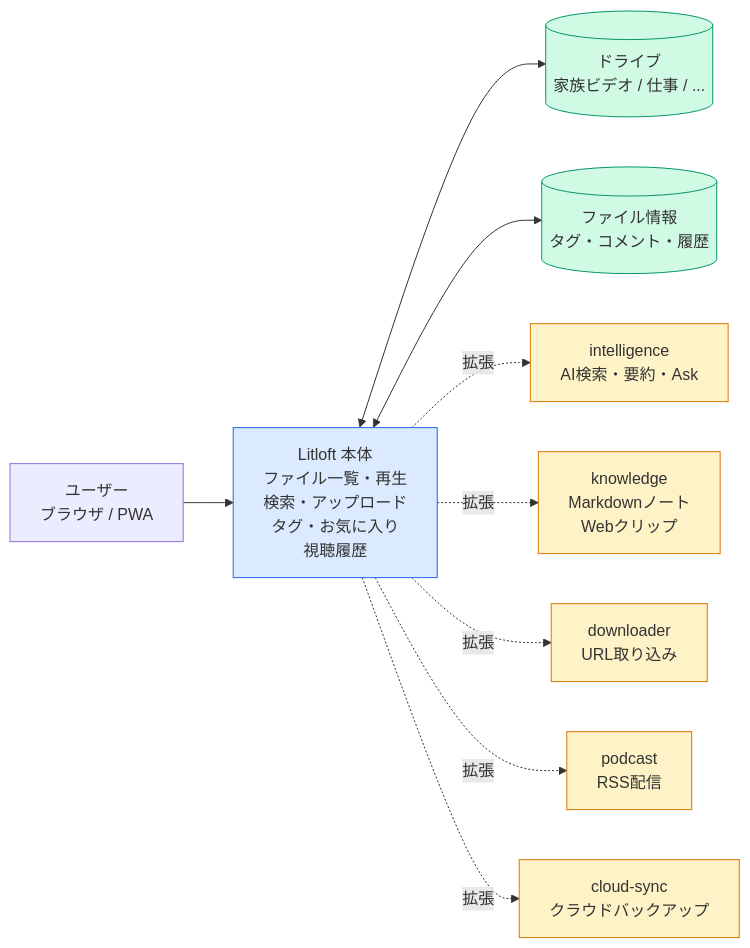
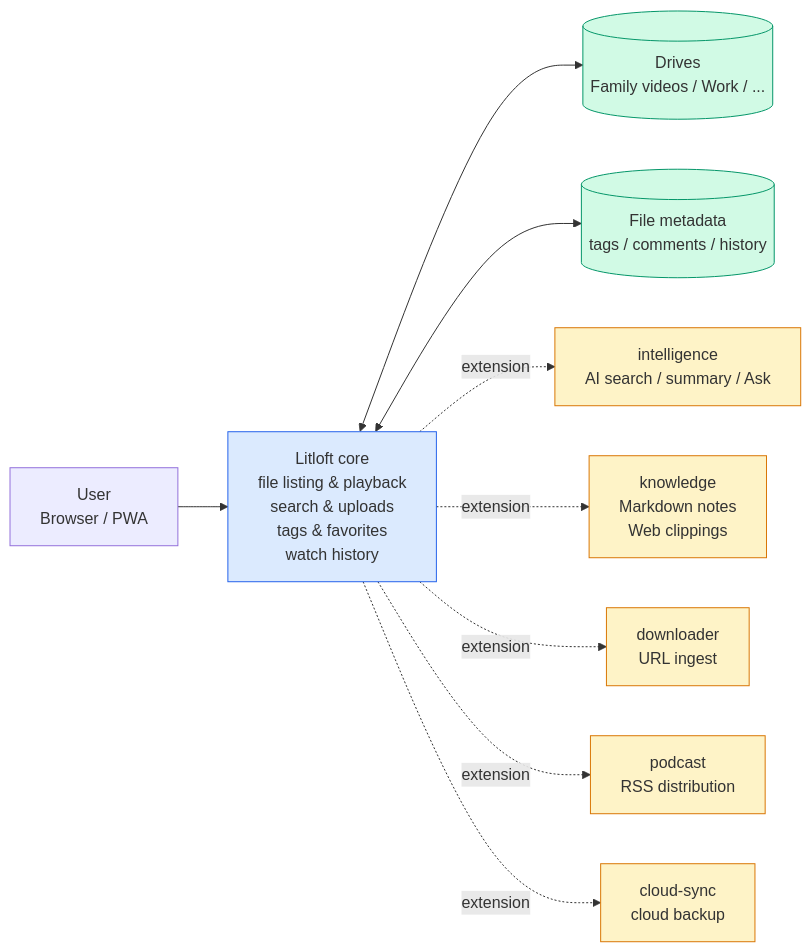
Before and after one commit to mamepenguin/Litloft: the first of 6 diagrams in docs/FEATURE-MAP.md, drawn with Mermaid. The commit also changed other lines of this file and 11 other files, not shown here.

````diff
--- a/docs/FEATURE-MAP.md
+++ b/docs/FEATURE-MAP.md
@@ -14,21 +14,21 @@
 ```mermaid
 flowchart LR
-  U[ユーザー<br/>ブラウザ / PWA]
-  U --> FE[Litloft 本体<br/>ファイル一覧・再生<br/>検索・アップロード<br/>タグ・お気に入り<br/>視聴履歴]
+  U[User<br/>Browser / PWA]
+  U --> FE[Litloft core<br/>file listing & playback<br/>search & uploads<br/>tags & favorites<br/>watch history]
 
-  FE <--> D[(ドライブ<br/>家族ビデオ / 仕事 / ...)]
-  FE <--> S[(ファイル情報<br/>タグ・コメント・履歴)]
+  FE <--> D[(Drives<br/>Family videos / Work / ...)]
+  FE <--> S[(File metadata<br/>tags / comments / history)]
 
-  FE -.拡張.-> I[intelligence<br/>AI検索・要約・Ask]
-  FE -.拡張.-> K[knowledge<br/>Markdownノート<br/>Webクリップ]
-  FE -.拡張.-> DL[downloader<br/>URL取り込み]
-  FE -.拡張.-> P[podcast<br/>RSS配信]
-  FE -.拡張.-> C[cloud-sync<br/>クラウドバックアップ]
+  FE -.extension.-> I[intelligence<br/>AI search / summary / Ask]
+  FE -.extension.-> K[knowledge<br/>Markdown notes<br/>Web clippings]
+  FE -.extension.-> DL[downloader<br/>URL ingest]
+  FE -.extension.-> P[podcast<br/>RSS distribution]
+  FE -.extension.-> C[cloud-sync<br/>cloud backup]
 
   classDef core fill:#dbeafe,stroke:#2563eb
   classDef addon fill:#fef3c7,stroke:#d97706
   classDef data fill:#d1fae5,stroke:#059669
   class FE core
   class I,K,DL,P,C addon
   class D,S data
 ```
````
